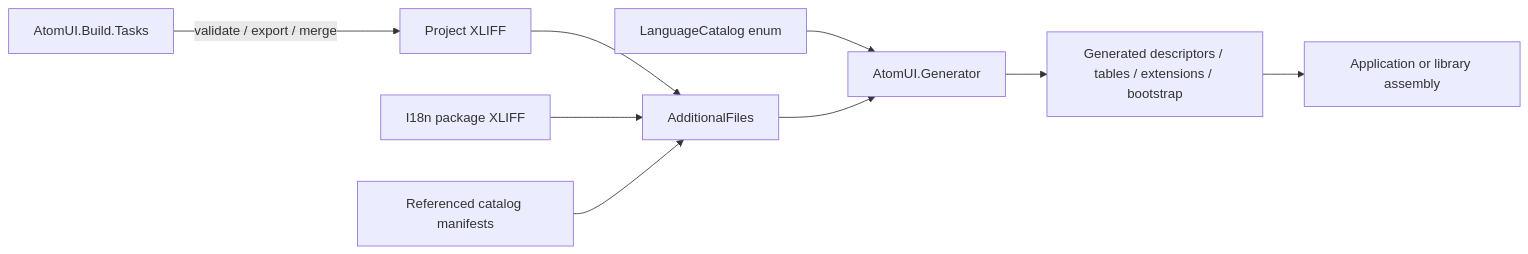
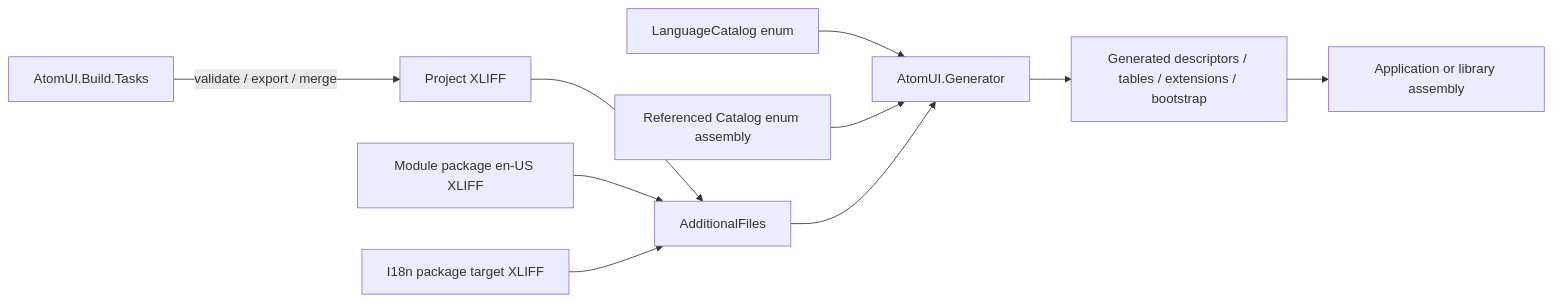
The diagram in docs/modules/localization/generation-and-build.md (chinware/AtomUI), drawn with Mermaid before and after one commit. The commit also changed other lines of this file and 87 other files, not shown here.

Commit message:
docs(Localization): synchronize delivered architecture

````diff
--- a/docs/modules/localization/generation-and-build.md
+++ b/docs/modules/localization/generation-and-build.md
@@ -9,11 +9,12 @@
 ```mermaid
 flowchart LR
     Enum["LanguageCatalog enum"] --> Generator["AtomUI.Generator"]
     Xlf["Project XLIFF"] --> Additional["AdditionalFiles"]
-    Pack["I18n package XLIFF"] --> Additional
-    Manifest["Referenced catalog manifests"] --> Additional
+    ModulePack["Module package en-US XLIFF"] --> Additional
+    Pack["I18n package target XLIFF"] --> Additional
+    Reference["Referenced Catalog enum assembly"] --> Generator
     Additional --> Generator
     Tasks["AtomUI.Build.Tasks"] -->|"validate / export / merge"| Xlf
     Generator --> Source["Generated descriptors / tables / extensions / bootstrap"]
     Source --> Assembly["Application or library assembly"]
 ```
````
